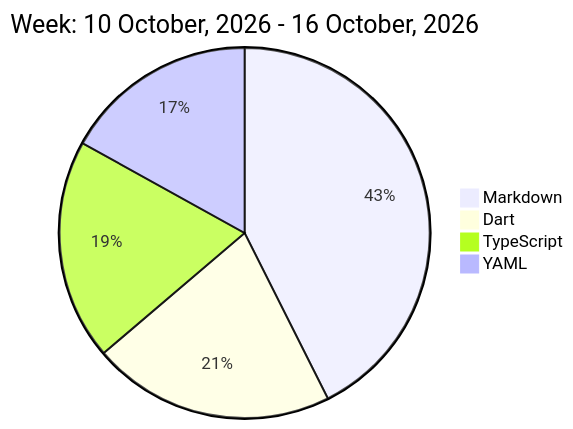
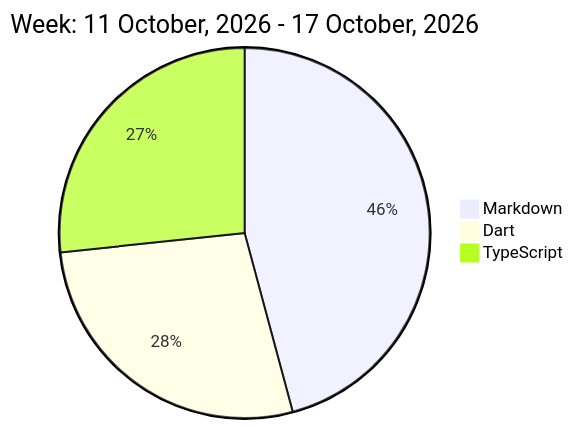
The diagram in README.md (liubin95/liubin95), drawn with Mermaid before and after one commit.

Commit message:
Updated the Graph with new Metrics

````diff
--- a/README.md
+++ b/README.md
@@ -32,8 +32,7 @@
 ```mermaid
  pie
-title Week: 10 October, 2026 - 16 October, 2026
- "Markdown" : 6.03
- "Dart" : 3.0
- "TypeScript" : 2.73
- "YAML" : 2.4
+title Week: 11 October, 2026 - 17 October, 2026
+ "Markdown" : 4.38
+ "Dart" : 2.63
+ "TypeScript" : 2.55
 ```
````
